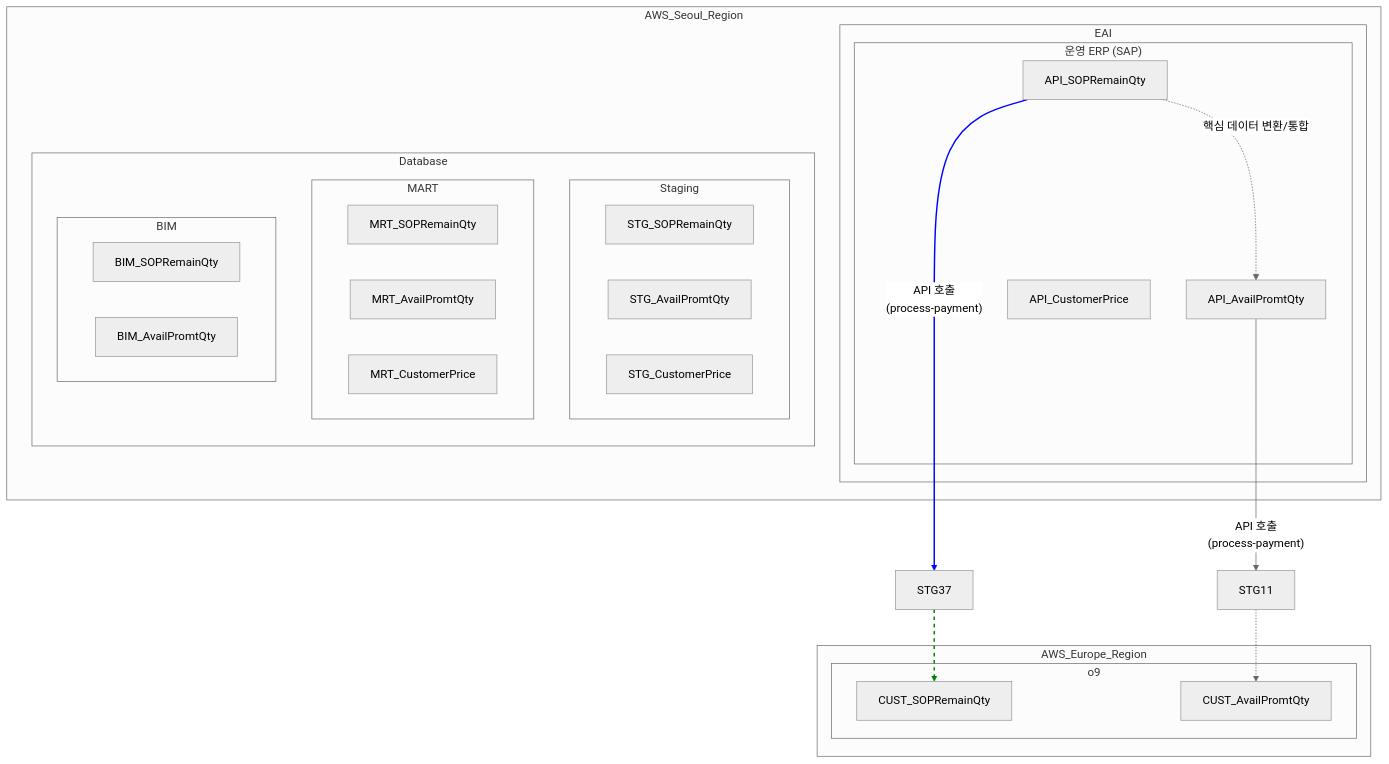
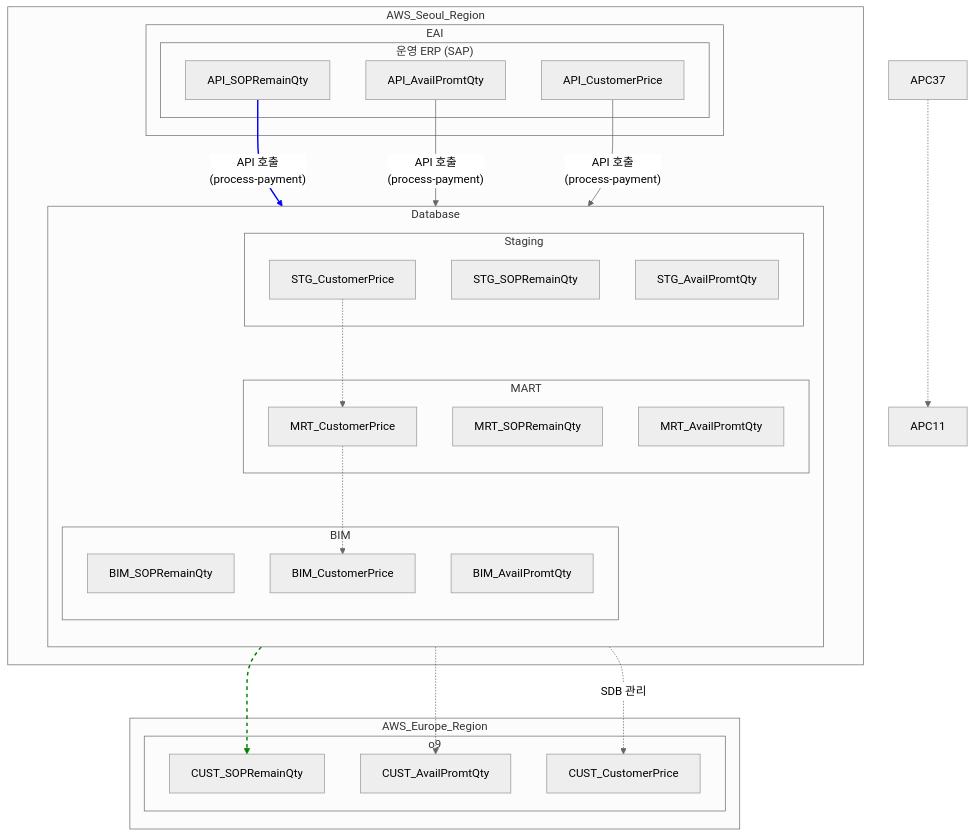
The diagram in mmmm.mmd (eugenekim-ds/train-mermaid), drawn with Mermaid (neutral theme) before and after one commit.

```diff
--- a/mmmm.mmd
+++ b/mmmm.mmd
@@ -1,51 +1,55 @@
 graph TD
  
   %% 다이어그램
   subgraph subGraph6 ["AWS_Seoul_Region"]
     subgraph EAI ["EAI"]
       subgraph SAP ["운영 ERP (SAP)"]
-        APC37["API_SOPRemainQty"]
-        APC11["API_AvailPromtQty"]
-        APC35["API_CustomerPrice"]
+        APICP37["API_SOPRemainQty"]
+        APICP11["API_AvailPromtQty"]
+        APICP35["API_CustomerPrice"]
       end
     end
     subgraph Database ["Database"]
       direction TB
       subgraph Schema_Staging["Staging"]
         STGCP37["STG_SOPRemainQty"]
         STGCP11["STG_AvailPromtQty"]
         STGCP35["STG_CustomerPrice"]
       end
       subgraph Schema_MART ["MART"]
         MRTCP37["MRT_SOPRemainQty"]
         MRTCP11["MRT_AvailPromtQty"]
         MRTCP35["MRT_CustomerPrice"]
       end
       subgraph Schema_BIM ["BIM"]
-        BIM37["BIM_SOPRemainQty"]
-        BIM11["BIM_AvailPromtQty"]
-        MRTCP35["MRT_CustomerPrice"]
+        BIMCP37["BIM_SOPRemainQty"]
+        BIMCP11["BIM_AvailPromtQty"]
+        BIMCP35["BIM_CustomerPrice"]
       end
     end
   end
   subgraph subGraph8 ["AWS_Europe_Region"]
     subgraph o9 ["o9"]
-      CUST37["CUST_SOPRemainQty"]
-      CUST11["CUST_AvailPromtQty"]
+      CSTCP37["CUST_SOPRemainQty"]
+      CSTCP11["CUST_AvailPromtQty"]
+      CSTCP35["CUST_CustomerPrice"]
     end
   end
 
   
 
   %% 스타일 0
-  APC37 -- "API 호출<br>(process-payment)" --> STG37 -.-> CUST37
-  APC11 -- "API 호출<br>(process-payment)" --> STG11 -.-> CUST11
+  APICP37 -- "API 호출<br>(process-payment)" --> STGCP37 -.-> CSTCP37
+  APICP11 -- "API 호출<br>(process-payment)" --> STGCP11 -.-> CSTCP11
+  APICP35 -- "API 호출<br>(process-payment)" --> STGCP35 -.-> MRTCP35 -.-> BIMCP35 
+
+MRTCP35
 
   %% 스타일 1
-  APC37 -. "핵심 데이터 변환/통합" .-> APC11
- 
+  APC37 -.-> APC11
+  MRTCP35 -. "SDB 관리" .-> CSTCP35
 
 
   %% 스타일 정의 (선택 사항)
   linkStyle 0 stroke:blue,stroke-width:2px;
   linkStyle 1 stroke:green,stroke-width:2px,stroke-dasharray: 5 5;
```
